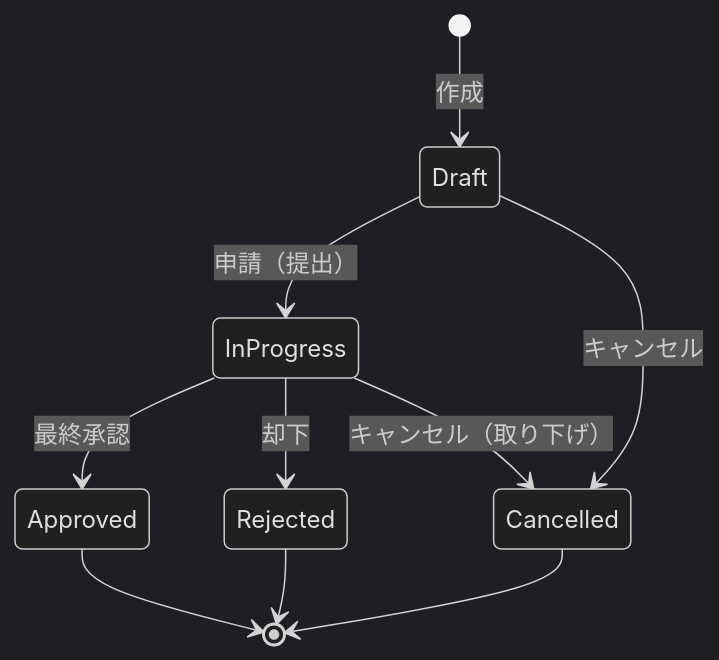
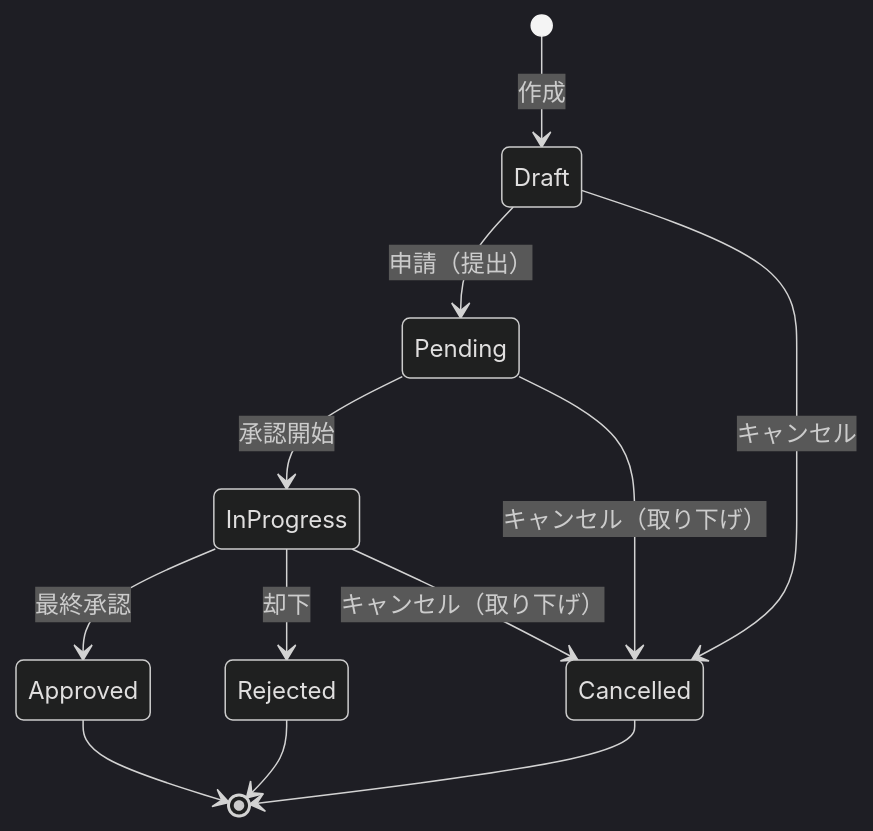
Before and after one commit to ka2kama/ringiflow: the third of 4 diagrams in docs/01_要件定義書/機能仕様書/01_ワークフロー管理.md, drawn with Mermaid (dark theme). The commit also changed other lines of this file and 1 other file, not shown here.

Commit message:
#299 Fix review feedback: Pending state, repo URL typo, OnHold note

````diff
--- a/docs/01_要件定義書/機能仕様書/01_ワークフロー管理.md
+++ b/docs/01_要件定義書/機能仕様書/01_ワークフロー管理.md
@@ -241,12 +241,14 @@
 ```mermaid
 stateDiagram-v2
     [*] --> Draft: 作成
-    Draft --> InProgress: 申請（提出）
+    Draft --> Pending: 申請（提出）
+    Pending --> InProgress: 承認開始
     InProgress --> Approved: 最終承認
     InProgress --> Rejected: 却下
     Draft --> Cancelled: キャンセル
+    Pending --> Cancelled: キャンセル（取り下げ）
     InProgress --> Cancelled: キャンセル（取り下げ）
     Approved --> [*]
     Rejected --> [*]
     Cancelled --> [*]
 ```
````
